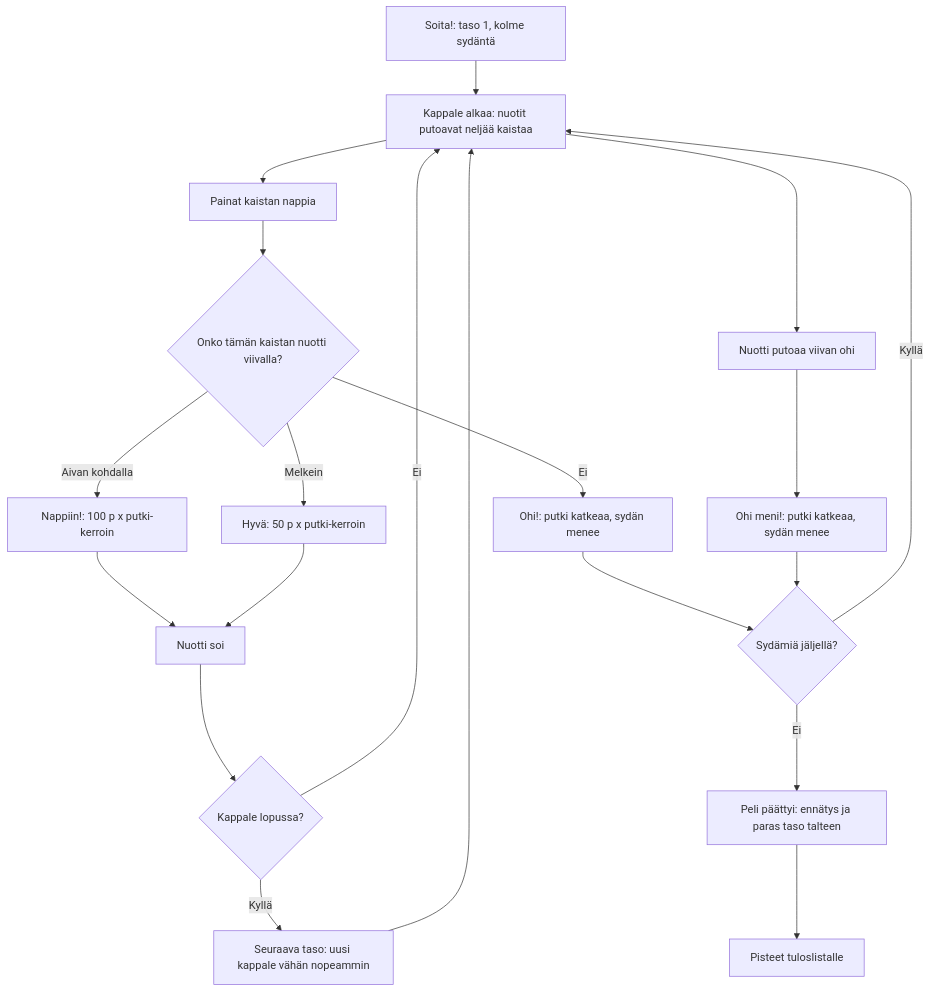
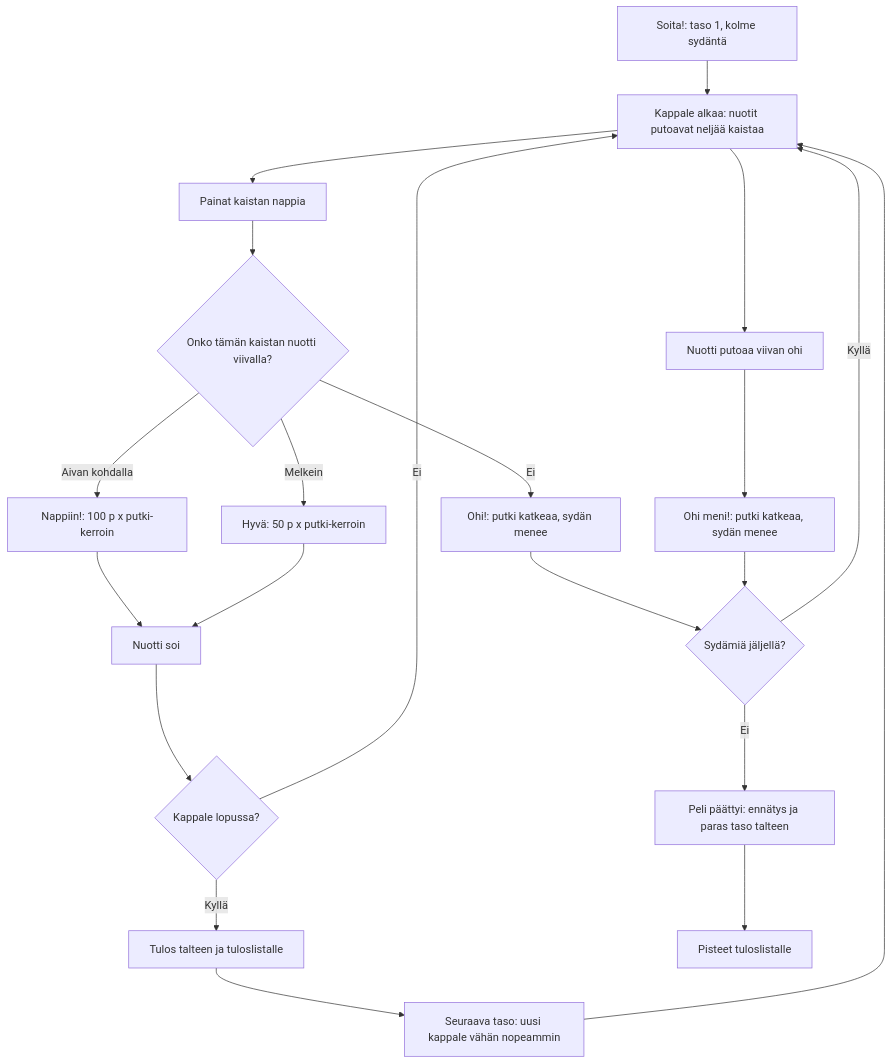
Before and after one commit to eerovil/ai-pelit: the diagram in docs/diagrams/piano.md, drawn with Mermaid. The commit also changed other lines of this file and 4 other files, not shown here.

````diff
--- a/docs/diagrams/piano.md
+++ b/docs/diagrams/piano.md
@@ -8,28 +9,30 @@
 ```mermaid
 flowchart TD
   A[Soita!: taso 1, kolme sydäntä] --> B[Kappale alkaa: nuotit putoavat neljää kaistaa]
   B --> C[Painat kaistan nappia]
   C --> D{Onko tämän kaistan nuotti viivalla?}
   D -- Aivan kohdalla --> E[Nappiin!: 100 p x putki-kerroin]
   D -- Melkein --> F[Hyvä: 50 p x putki-kerroin]
   D -- Ei --> G[Ohi!: putki katkeaa, sydän menee]
   E --> H[Nuotti soi]
   F --> H
   B --> I[Nuotti putoaa viivan ohi]
   I --> J[Ohi meni!: putki katkeaa, sydän menee]
   H --> K{Kappale lopussa?}
   K -- Ei --> B
-  K -- Kyllä --> L[Seuraava taso: uusi kappale vähän nopeammin]
+  K -- Kyllä --> V[Tulos talteen ja tuloslistalle]
+  V --> L[Seuraava taso: uusi kappale vähän nopeammin]
   L --> B
   G --> M{Sydämiä jäljellä?}
   J --> M
   M -- Kyllä --> B
   M -- Ei --> N[Peli päättyi: ennätys ja paras taso talteen]
   N --> O[Pisteet tuloslistalle]
   class A,B,C blue
   class D,K,M amber
   class E,F,H teal
   class L green
   class G,I,J rose
   class N,O violet
+  class V green
 ```
````
